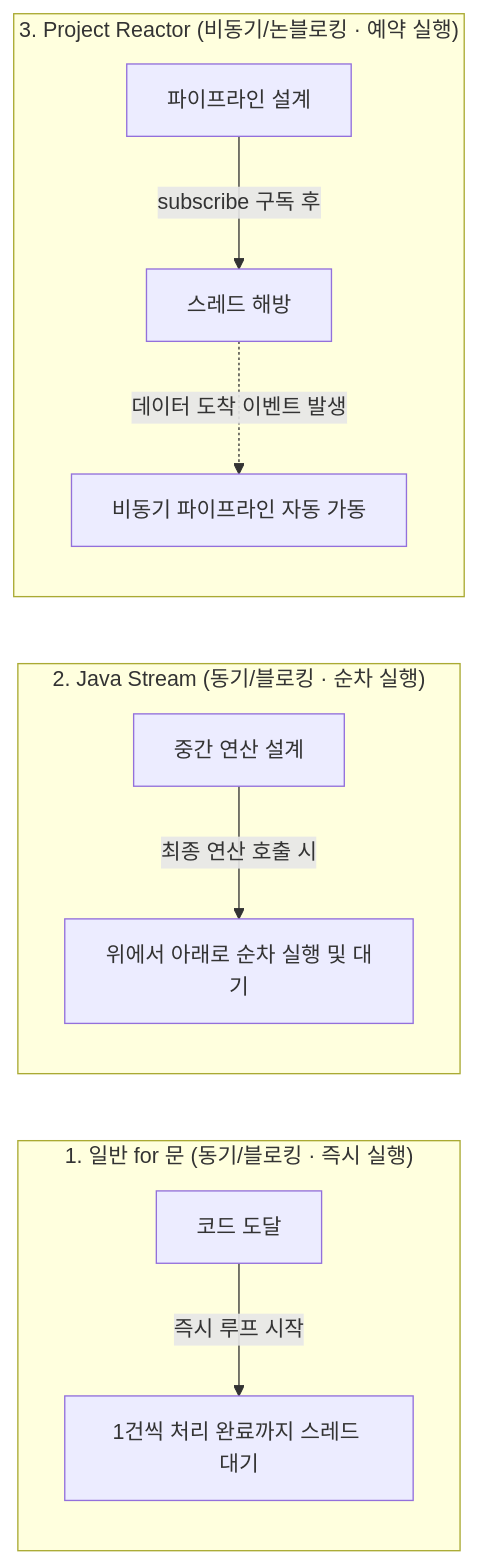
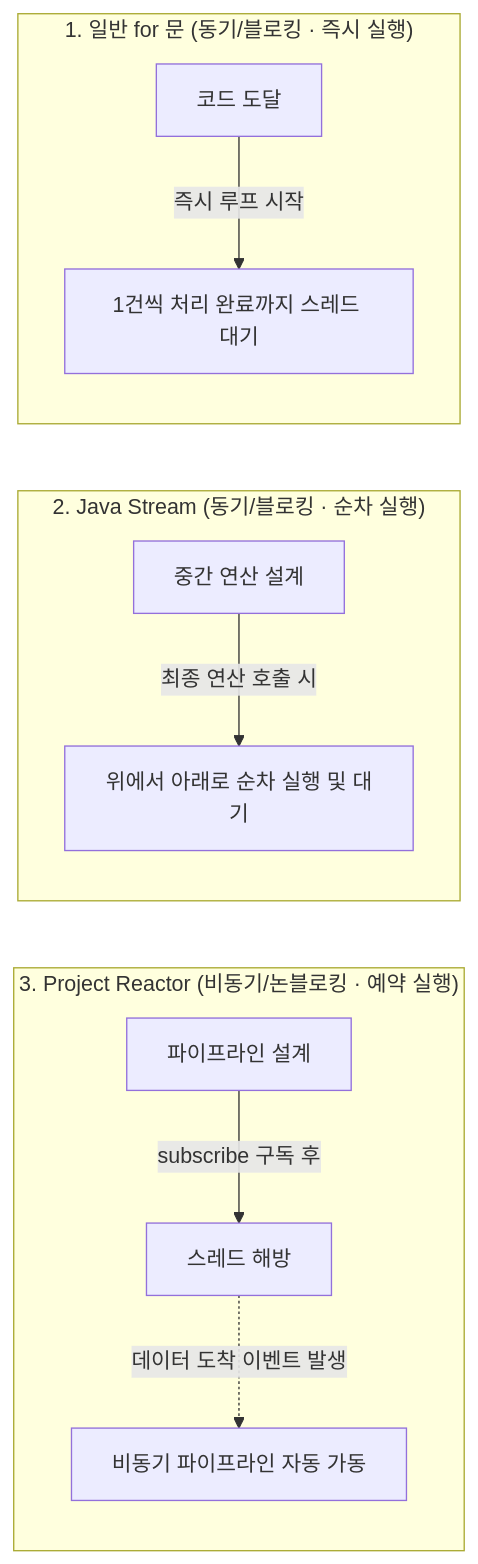
Before and after one commit to k82022603/sw-architecture-notes: the second of 3 diagrams in MicroService Spring Java/02.비동기·논블로킹 아키텍처와 Project Reactor (Mono  Flux) 완벽 가이드.md, drawn with Mermaid.

````diff
--- a/MicroService Spring Java/02.비동기·논블로킹 아키텍처와 Project Reactor (Mono  Flux) 완벽 가이드.md
+++ b/MicroService Spring Java/02.비동기·논블로킹 아키텍처와 Project Reactor (Mono  Flux) 완벽 가이드.md
@@ -40,13 +40,16 @@
 ```mermaid
 flowchart LR
-    subgraph Imperative ["1. 일반 for 문 (동기/블로킹 · 즉시 실행)"]
-        A1[코드 도달] -->|즉시 루프 시작| A2[1건씩 처리 완료까지 스레드 대기]
+
+    subgraph Reactor ["3. Project Reactor (비동기/논블로킹 · 예약 실행)"]
+        C1[파이프라인 설계] -->|subscribe 구독 후| C2[스레드 해방]
+        C2 -.->|데이터 도착 이벤트 발생| C3[비동기 파이프라인 자동 가동]
     end
     subgraph Stream ["2. Java Stream (동기/블로킹 · 순차 실행)"]
         B1[중간 연산 설계] -->|최종 연산 호출 시| B2[위에서 아래로 순차 실행 및 대기]
     end
-    subgraph Reactor ["3. Project Reactor (비동기/논블로킹 · 예약 실행)"]
-        C1[파이프라인 설계] -->|subscribe 구독 후| C2[스레드 해방]
-        C2 -.->|데이터 도착 이벤트 발생| C3[비동기 파이프라인 자동 가동]
+
+    
+    subgraph Imperative ["1. 일반 for 문 (동기/블로킹 · 즉시 실행)"]
+        A1[코드 도달] -->|즉시 루프 시작| A2[1건씩 처리 완료까지 스레드 대기]
     end
 ```
````
